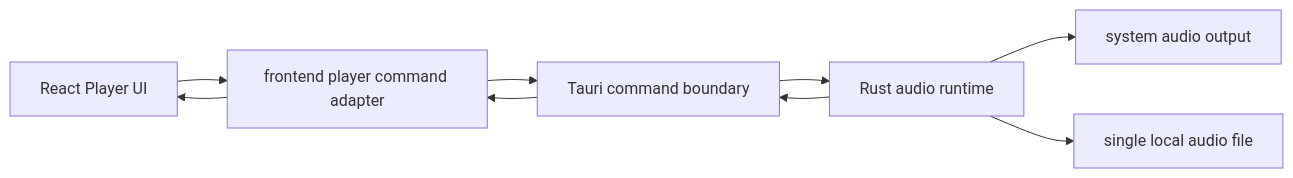
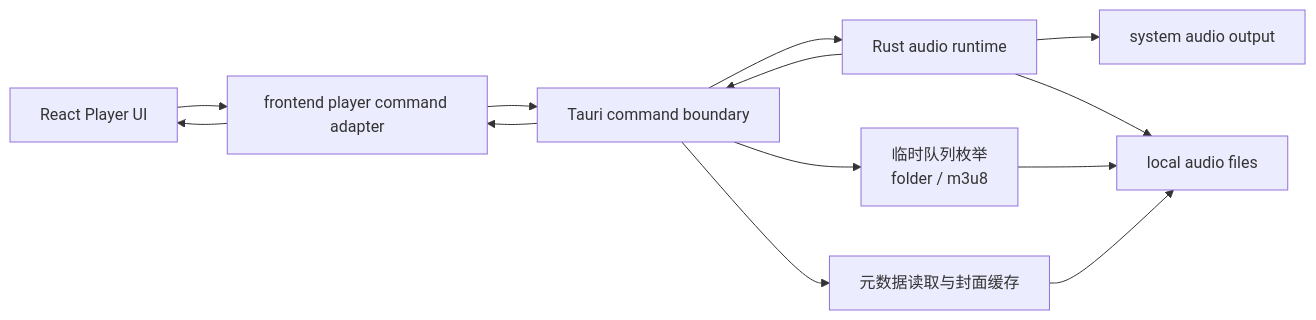
Before and after one commit to SpMusic-team/SpMusic: the diagram in docs/architecture/real-audio-playback.md, drawn with Mermaid. The commit also changed other lines of this file, not shown here.

````diff
--- a/docs/architecture/real-audio-playback.md
+++ b/docs/architecture/real-audio-playback.md
@@ -54,18 +70,24 @@
 ```mermaid
 flowchart LR
   UI["React Player UI"]
   Adapter["frontend player command adapter"]
   Command["Tauri command boundary"]
   Runtime["Rust audio runtime"]
+  Enum["临时队列枚举<br/>folder / m3u8"]
+  Meta["元数据读取与封面缓存"]
   Device["system audio output"]
-  File["single local audio file"]
+  File["local audio files"]
 
   UI --> Adapter
   Adapter --> Command
   Command --> Runtime
+  Command --> Enum
+  Command --> Meta
   Runtime --> Device
   Runtime --> File
+  Enum --> File
+  Meta --> File
   Runtime --> Command
   Command --> Adapter
   Adapter --> UI
 ```
````
